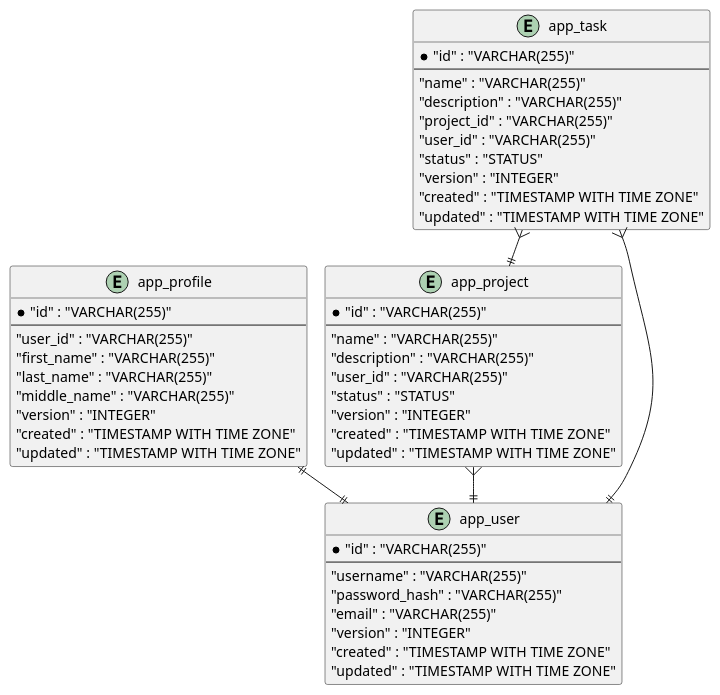
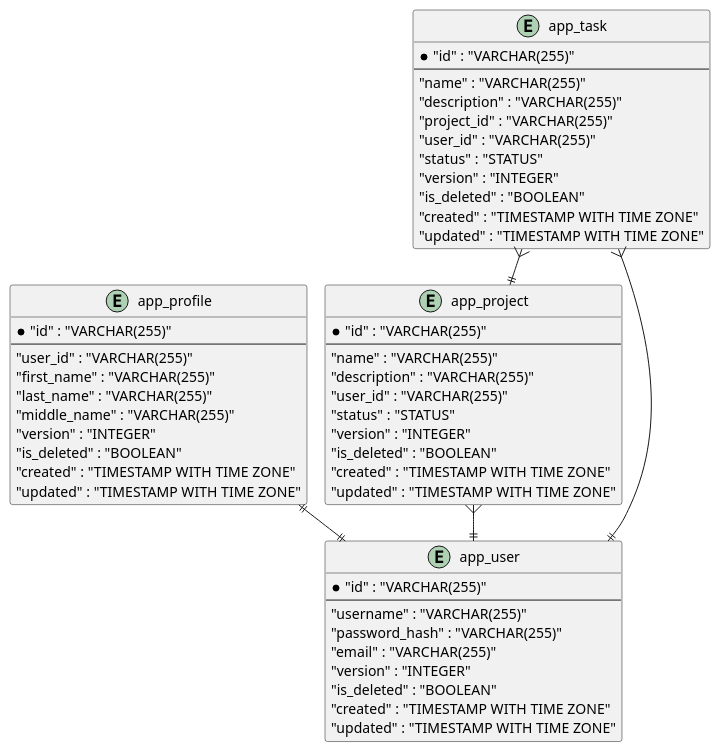
The diagram in example/tm-sql-to-asciidoc/src/main/asciidoc/erd_physic.puml (denis-volnenko/liquibase-asciidoc-maven-plugin), drawn with PlantUML before and after one commit. The commit also changed 11 other files, not shown here.

```diff
--- a/example/tm-sql-to-asciidoc/src/main/asciidoc/erd_physic.puml
+++ b/example/tm-sql-to-asciidoc/src/main/asciidoc/erd_physic.puml
@@ -1,57 +1,61 @@
 @startuml 
 '!pragma graphviz_dot jdot 
 !pragma layout smetana 
 entity "app_profile" {
     *"id" : "VARCHAR(255)"
 ---
     "user_id" : "VARCHAR(255)"
     "first_name" : "VARCHAR(255)"
     "last_name" : "VARCHAR(255)"
     "middle_name" : "VARCHAR(255)"
     "version" : "INTEGER"
+    "is_deleted" : "BOOLEAN"
     "created" : "TIMESTAMP WITH TIME ZONE"
     "updated" : "TIMESTAMP WITH TIME ZONE"
 }
 
 entity "app_project" {
     *"id" : "VARCHAR(255)"
 ---
     "name" : "VARCHAR(255)"
     "description" : "VARCHAR(255)"
     "user_id" : "VARCHAR(255)"
     "status" : "STATUS"
     "version" : "INTEGER"
+    "is_deleted" : "BOOLEAN"
     "created" : "TIMESTAMP WITH TIME ZONE"
     "updated" : "TIMESTAMP WITH TIME ZONE"
 }
 
 entity "app_task" {
     *"id" : "VARCHAR(255)"
 ---
     "name" : "VARCHAR(255)"
     "description" : "VARCHAR(255)"
     "project_id" : "VARCHAR(255)"
     "user_id" : "VARCHAR(255)"
     "status" : "STATUS"
     "version" : "INTEGER"
+    "is_deleted" : "BOOLEAN"
     "created" : "TIMESTAMP WITH TIME ZONE"
     "updated" : "TIMESTAMP WITH TIME ZONE"
 }
 
 entity "app_user" {
     *"id" : "VARCHAR(255)"
 ---
     "username" : "VARCHAR(255)"
     "password_hash" : "VARCHAR(255)"
     "email" : "VARCHAR(255)"
     "version" : "INTEGER"
+    "is_deleted" : "BOOLEAN"
     "created" : "TIMESTAMP WITH TIME ZONE"
     "updated" : "TIMESTAMP WITH TIME ZONE"
 }
 
 "app_profile" ||--|| "app_user"
 "app_project" }--|| "app_user"
 "app_task" }--|| "app_project"
 "app_task" }--|| "app_user"
 
 @enduml
```
